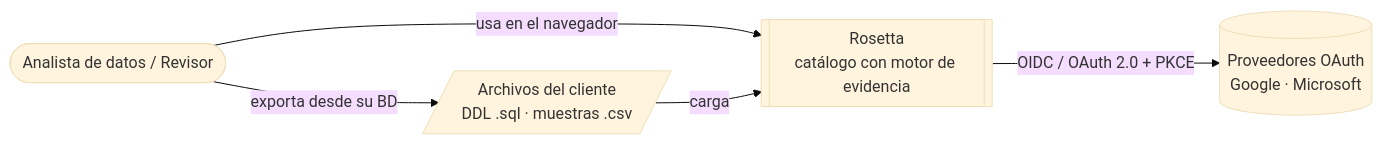
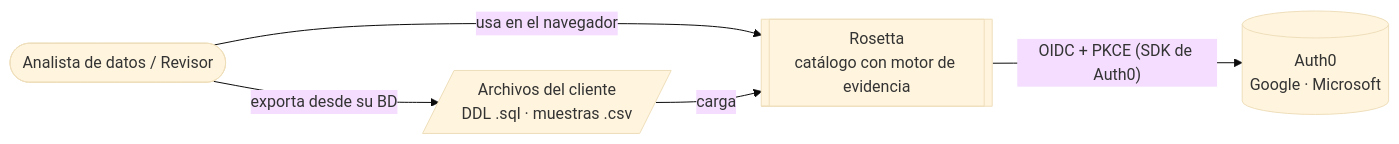
Before and after one commit to riverbonilla1504/rosseta-project: the first of 3 diagrams in docs/03-arquitectura/01-vision-general.md, drawn with Mermaid (base theme). The commit also changed other lines of this file and 125 other files, not shown here.

````diff
--- a/docs/03-arquitectura/01-vision-general.md
+++ b/docs/03-arquitectura/01-vision-general.md
@@ -19,11 +19,11 @@
 ```mermaid
 flowchart LR
     analista([Analista de datos / Revisor])
     rosetta[[Rosetta<br/>catálogo con motor de evidencia]]
-    idp[(Proveedores OAuth<br/>Google · Microsoft)]
+    idp[(Auth0<br/>Google · Microsoft)]
     archivos[/Archivos del cliente<br/>DDL .sql · muestras .csv/]
     analista -- usa en el navegador --> rosetta
     analista -- exporta desde su BD --> archivos
     archivos -- carga --> rosetta
-    rosetta -- OIDC / OAuth 2.0 + PKCE --> idp
+    rosetta -- OIDC + PKCE (SDK de Auth0) --> idp
 ```
````
